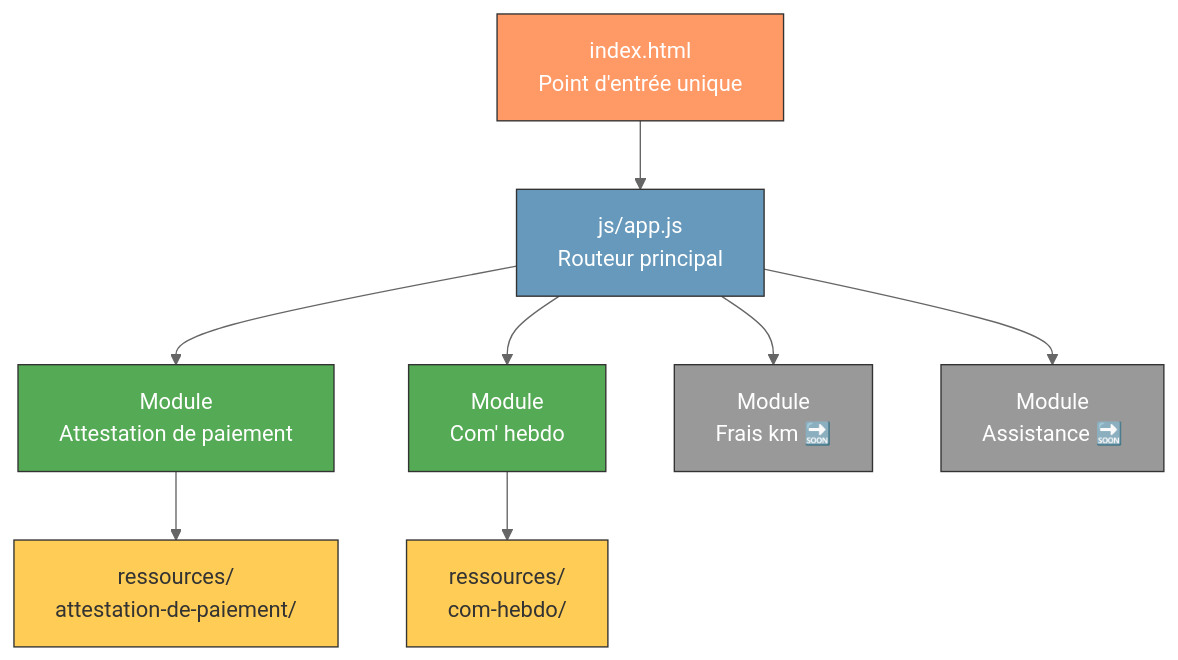
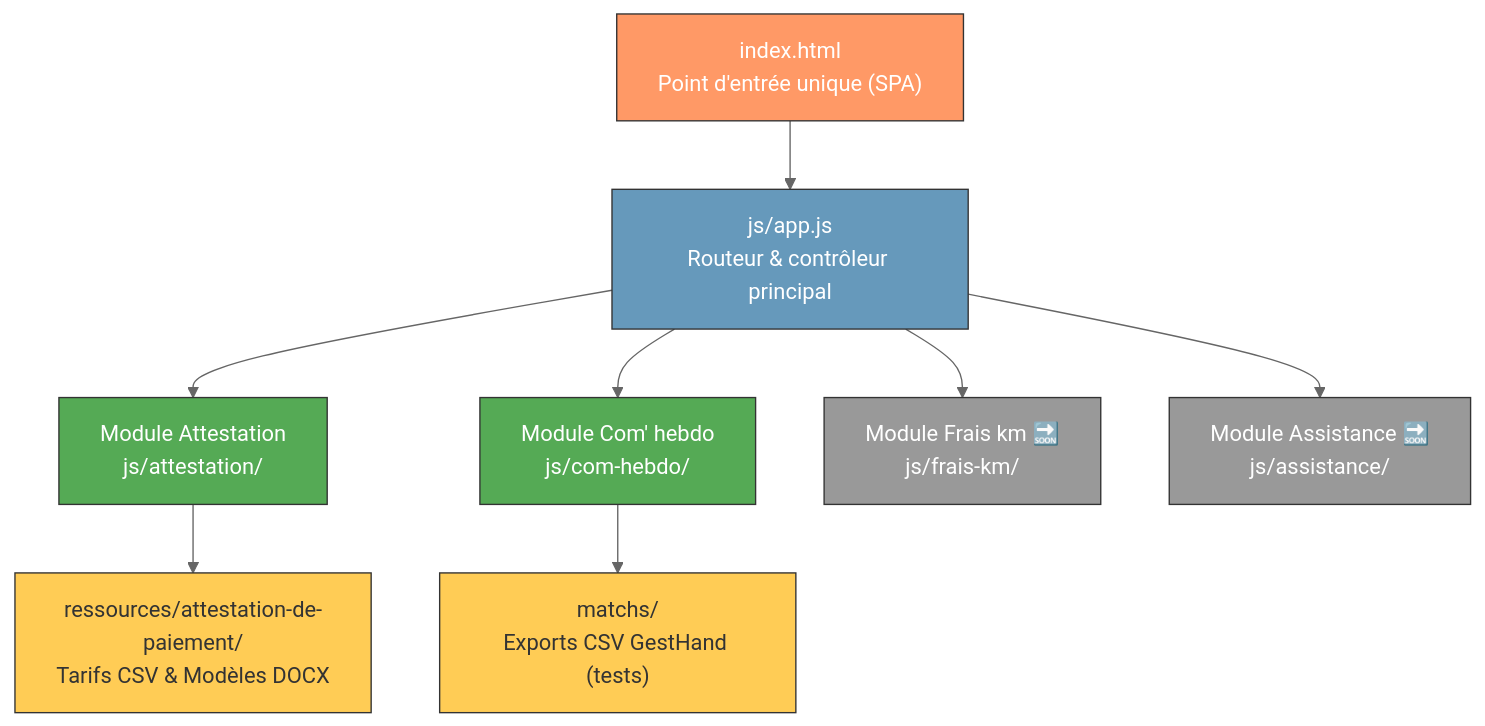
One commit to padewitte/super-chapelaine changed the first of 3 diagrams in docs/architecture.md. Above: the diagram before and after it, drawn with Mermaid (neutral theme). The commit also changed other lines of this file and 4 other files, not shown here.

First line of the commit message:
docs(architecture): correction de l'arborescence, alignement makefile et session

````diff
--- a/docs/architecture.md
+++ b/docs/architecture.md
@@ -18,22 +18,22 @@
 ```mermaid
 flowchart TD
-    ENTREE["index.html<br/>Point d'entrée unique"]
-    ENTREE --> APP["js/app.js<br/>Routeur principal"]
+    ENTREE["index.html<br/>Point d'entrée unique (SPA)"]
+    ENTREE --> APP["js/app.js<br/>Routeur & contrôleur principal"]
 
-    APP --> MOD_ATT["Module<br/>Attestation de paiement"]
-    APP --> MOD_COM["Module<br/>Com' hebdo"]
-    APP --> MOD_FRM["Module<br/>Frais km 🔜"]
-    APP --> MOD_ASS["Module<br/>Assistance 🔜"]
+    APP --> MOD_ATT["Module Attestation<br/>js/attestation/"]
+    APP --> MOD_COM["Module Com' hebdo<br/>js/com-hebdo/"]
+    APP --> MOD_FRM["Module Frais km 🔜<br/>js/frais-km/"]
+    APP --> MOD_ASS["Module Assistance 🔜<br/>js/assistance/"]
 
-    MOD_ATT --> RES_ATT["ressources/<br/>attestation-de-paiement/"]
-    MOD_COM --> RES_COM["ressources/<br/>com-hebdo/"]
+    MOD_ATT --> RES_ATT["ressources/attestation-de-paiement/<br/>Tarifs CSV & Modèles DOCX"]
+    MOD_COM --> FIXTURES["matchs/<br/>Exports CSV GestHand (tests)"]
 
     style ENTREE fill:#f96,stroke:#333,color:#fff
     style APP fill:#69b,stroke:#333,color:#fff
     style MOD_ATT fill:#5a5,stroke:#333,color:#fff
     style MOD_COM fill:#5a5,stroke:#333,color:#fff
     style MOD_FRM fill:#999,stroke:#333,color:#fff
     style MOD_ASS fill:#999,stroke:#333,color:#fff
     style RES_ATT fill:#fc5,stroke:#333,color:#333
-    style RES_COM fill:#fc5,stroke:#333,color:#333
+    style FIXTURES fill:#fc5,stroke:#333,color:#333
 ```
````
